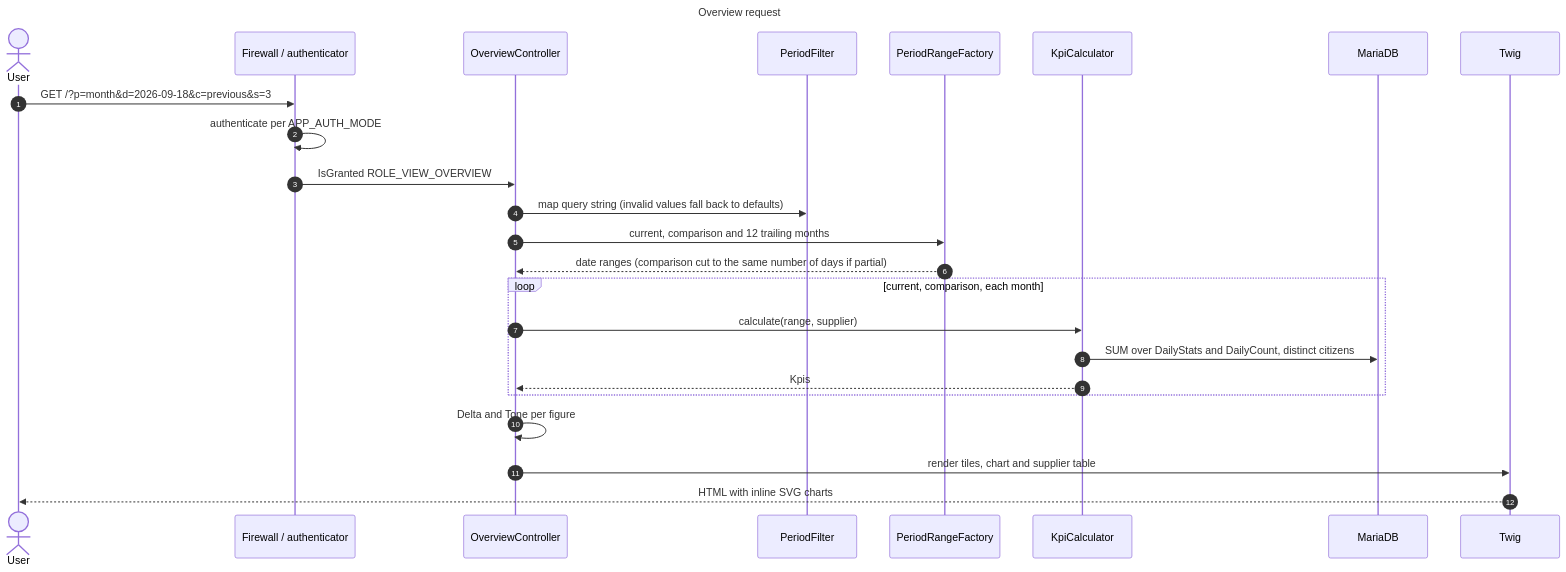
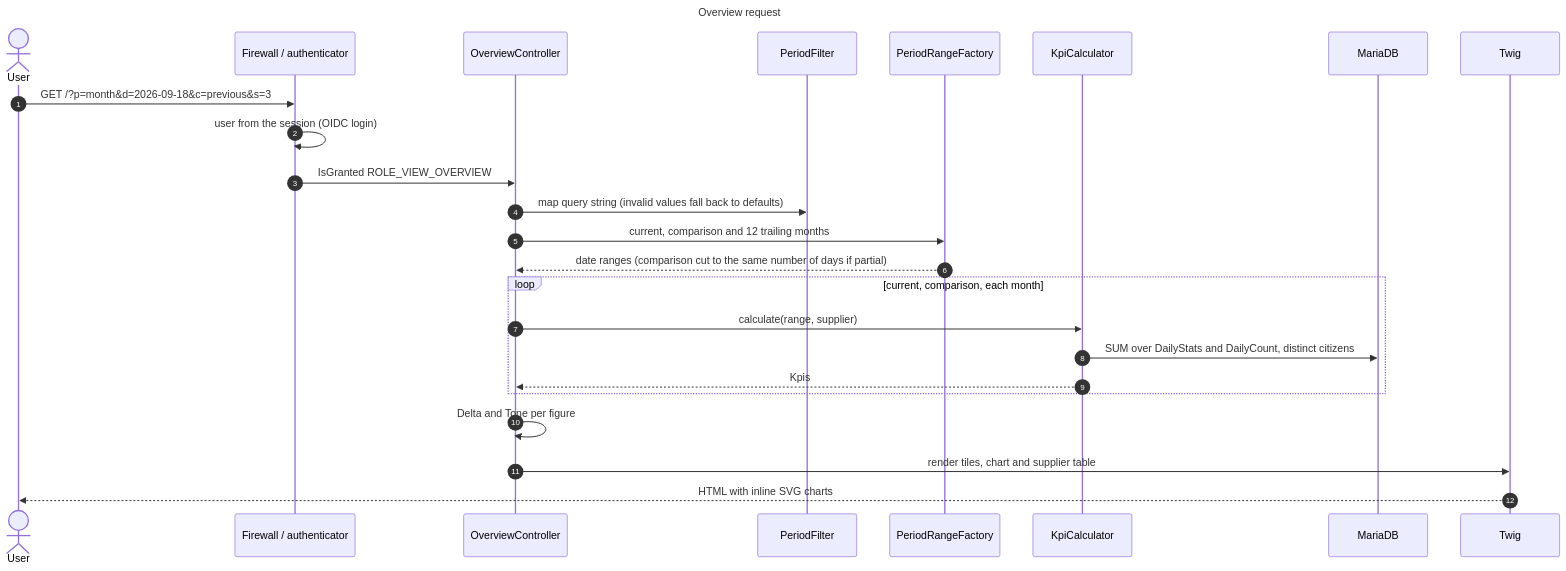
One commit to itk-dev/koerselsoverblik changed the diagram in docs/diagrams/overview-sequence.mmd. Above: the diagram before and after it, drawn with Mermaid. The commit also changed 21 other files, not shown here.

First line of the commit message:
docs: make OIDC the only login method

```diff
--- a/docs/diagrams/overview-sequence.mmd
+++ b/docs/diagrams/overview-sequence.mmd
@@ -1,28 +1,28 @@
 ---
 title: Overview request
 ---
 sequenceDiagram
     autonumber
     actor User
     participant FW as Firewall / authenticator
     participant C as OverviewController
     participant F as PeriodFilter
     participant R as PeriodRangeFactory
     participant K as KpiCalculator
     participant DB as MariaDB
     participant T as Twig
 
     User->>FW: GET /?p=month&d=2026-09-18&c=previous&s=3
-    FW->>FW: authenticate per APP_AUTH_MODE
+    FW->>FW: user from the session (OIDC login)
     FW->>C: IsGranted ROLE_VIEW_OVERVIEW
     C->>F: map query string (invalid values fall back to defaults)
     C->>R: current, comparison and 12 trailing months
     R-->>C: date ranges (comparison cut to the same number of days if partial)
     loop current, comparison, each month
         C->>K: calculate(range, supplier)
         K->>DB: SUM over DailyStats and DailyCount, distinct citizens
         K-->>C: Kpis
     end
     C->>C: Delta and Tone per figure
     C->>T: render tiles, chart and supplier table
     T-->>User: HTML with inline SVG charts
```
